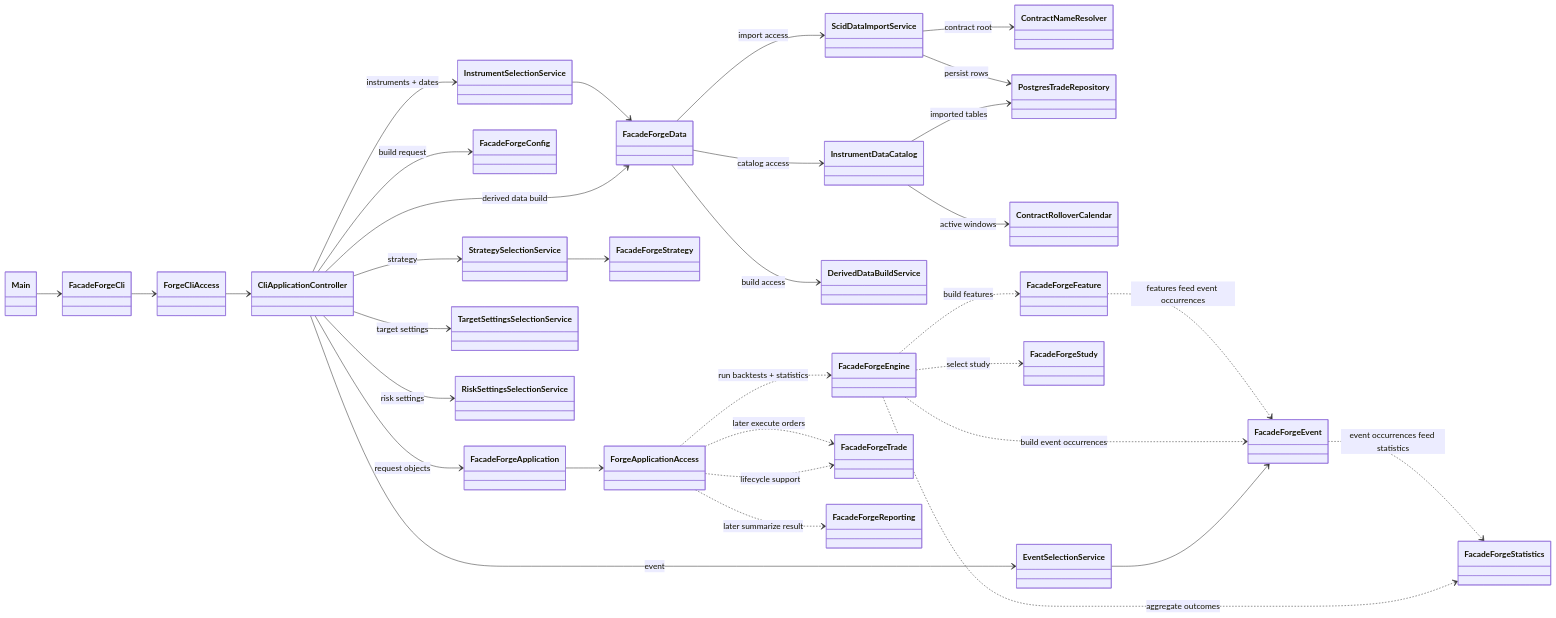
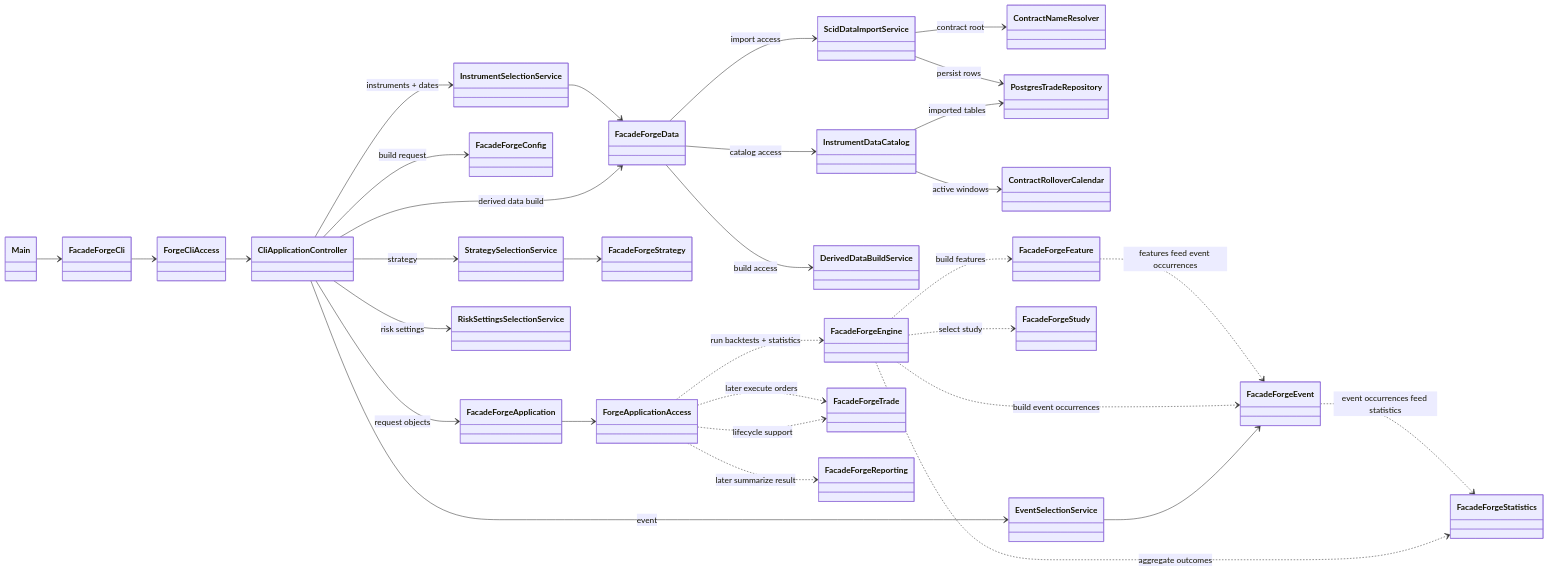
One commit to probst-paul/FORGE changed the first of 22 diagrams in class-model.md. Above: the diagram before and after it, drawn with Mermaid. The commit also changed other lines of this file and 17 other files, not shown here.

First line of the commit message:
Remove target settings config and risk-reward exits

````diff
--- a/class-model.md
+++ b/class-model.md
@@ -5,67 +5,65 @@
 ```mermaid
 classDiagram
     direction LR
 
     class Main
     class FacadeForgeCli
     class ForgeCliAccess
     class CliApplicationController
     class FacadeForgeApplication
     class FacadeForgeConfig
     class FacadeForgeData
     class InstrumentDataCatalog
     class ContractNameResolver
     class ScidDataImportService
     class DerivedDataBuildService
     class PostgresTradeRepository
     class ContractRolloverCalendar
     class FacadeForgeStrategy
     class FacadeForgeEvent
     class FacadeForgeEngine
     class FacadeForgeFeature
     class FacadeForgeStudy
     class FacadeForgeStatistics
     class FacadeForgeTrade
     class FacadeForgeReporting
     class ForgeApplicationAccess
     class InstrumentSelectionService
     class StrategySelectionService
     class EventSelectionService
-    class TargetSettingsSelectionService
     class RiskSettingsSelectionService
 
     Main --> FacadeForgeCli
     FacadeForgeCli --> ForgeCliAccess
     ForgeCliAccess --> CliApplicationController
     CliApplicationController --> FacadeForgeApplication : request objects
     FacadeForgeApplication --> ForgeApplicationAccess
     CliApplicationController --> InstrumentSelectionService : instruments + dates
     CliApplicationController --> StrategySelectionService : strategy
     CliApplicationController --> RiskSettingsSelectionService : risk settings
     CliApplicationController --> EventSelectionService : event
-    CliApplicationController --> TargetSettingsSelectionService : target settings
     CliApplicationController --> FacadeForgeConfig : build request
     CliApplicationController --> FacadeForgeData : derived data build
 
     InstrumentSelectionService --> FacadeForgeData
     FacadeForgeData --> InstrumentDataCatalog : catalog access
     FacadeForgeData --> ScidDataImportService : import access
     FacadeForgeData --> DerivedDataBuildService : build access
     InstrumentDataCatalog --> PostgresTradeRepository : imported tables
     InstrumentDataCatalog --> ContractRolloverCalendar : active windows
     ScidDataImportService --> ContractNameResolver : contract root
     ScidDataImportService --> PostgresTradeRepository : persist rows
     StrategySelectionService --> FacadeForgeStrategy
     EventSelectionService --> FacadeForgeEvent
 
     ForgeApplicationAccess ..> FacadeForgeEngine : run backtests + statistics
     FacadeForgeEngine ..> FacadeForgeFeature : build features
     FacadeForgeEngine ..> FacadeForgeEvent : build event occurrences
     FacadeForgeEngine ..> FacadeForgeStudy : select study
     FacadeForgeEngine ..> FacadeForgeStatistics : aggregate outcomes
     ForgeApplicationAccess ..> FacadeForgeTrade : lifecycle support
     ForgeApplicationAccess ..> FacadeForgeTrade : later execute orders
     ForgeApplicationAccess ..> FacadeForgeReporting : later summarize result
     FacadeForgeFeature ..> FacadeForgeEvent : features feed event occurrences
     FacadeForgeEvent ..> FacadeForgeStatistics : event occurrences feed statistics
 ```
````
